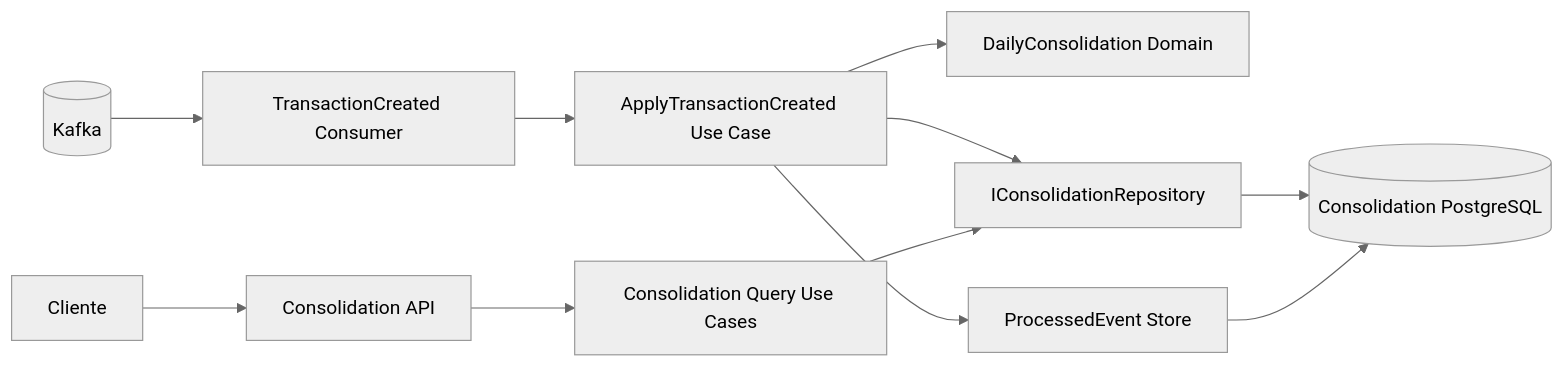
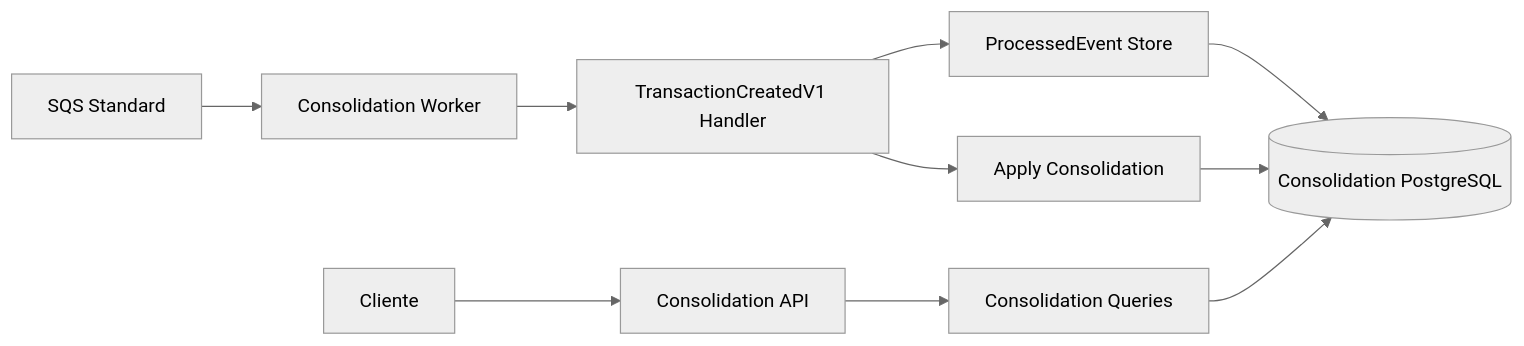
The second of 2 diagrams in docs/05-arquitetura-software/C4-Component.md (ThiagoFerraciolli/cash-flow-architecture), drawn with Mermaid (neutral theme) before and after one commit. The commit also changed other lines of this file, not shown here.

Commit message:
docs: alinha component view a workers e SQS

````diff
--- a/docs/05-arquitetura-software/C4-Component.md
+++ b/docs/05-arquitetura-software/C4-Component.md
@@ -33,13 +31,12 @@
 ```mermaid
 flowchart LR
-  Kafka[(Kafka)] --> Consumer[TransactionCreated Consumer]
-  Consumer --> Apply[ApplyTransactionCreated Use Case]
-  Apply --> Domain[DailyConsolidation Domain]
-  Apply --> Repo[IConsolidationRepository]
-  Apply --> Processed[ProcessedEvent Store]
-  Repo --> Db[(Consolidation PostgreSQL)]
-  Processed --> Db
+  Q[SQS Standard] --> Worker[Consolidation Worker]
+  Worker --> Consumer[TransactionCreatedV1 Handler]
+  Consumer --> Dedup[ProcessedEvent Store]
+  Consumer --> Apply[Apply Consolidation]
+  Dedup --> Db[(Consolidation PostgreSQL)]
+  Apply --> Db
   Client[Cliente] --> API[Consolidation API]
-  API --> Query[Consolidation Query Use Cases]
-  Query --> Repo
+  API --> Query[Consolidation Queries]
+  Query --> Db
 ```
````
